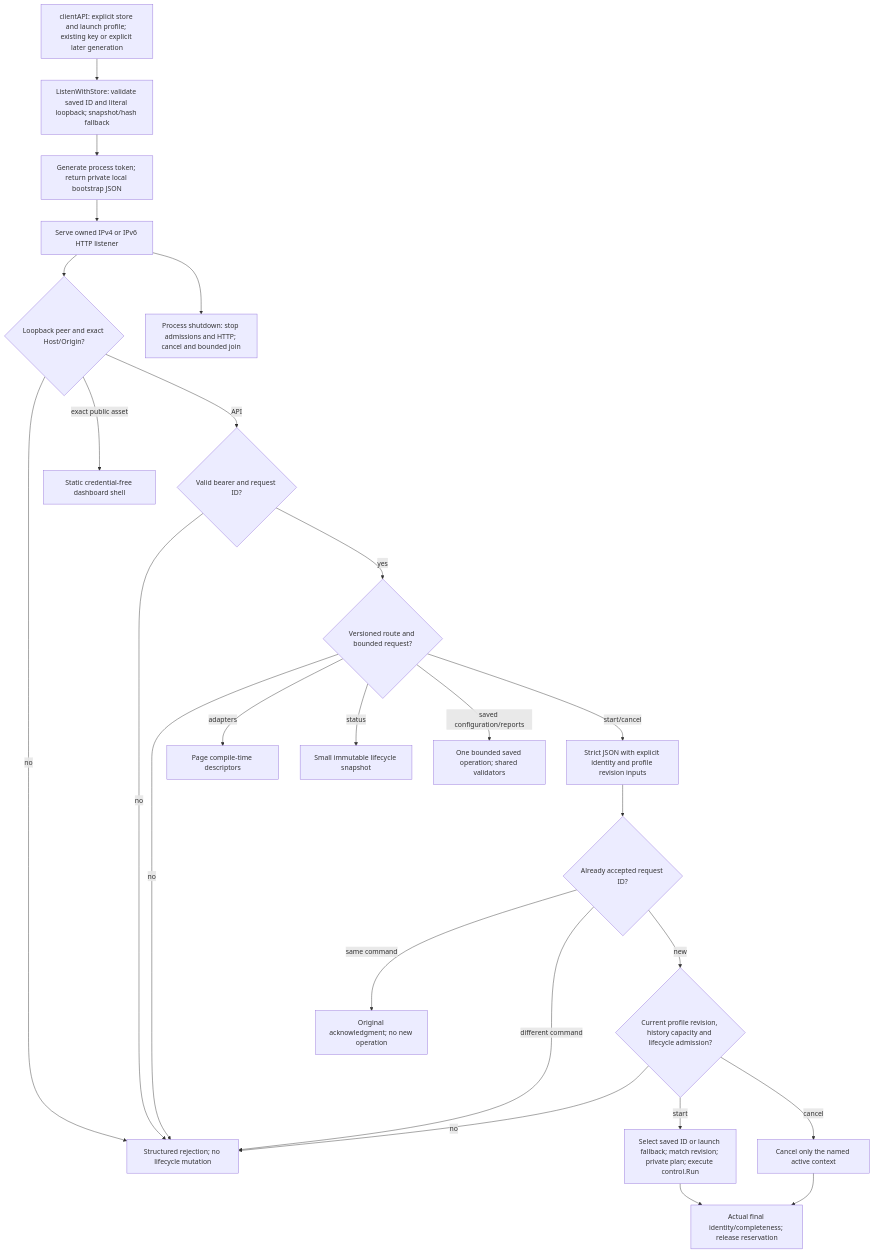
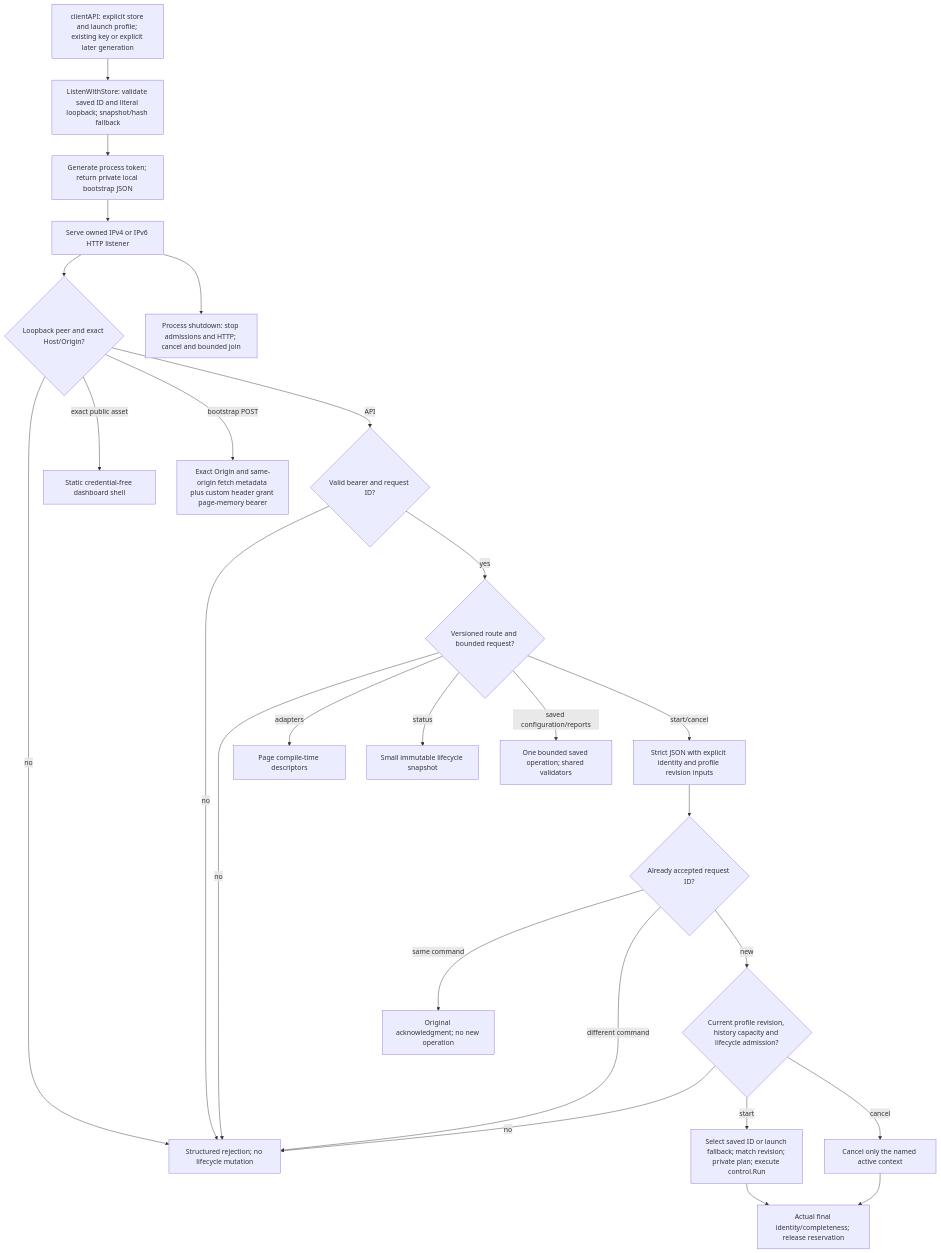
One commit to rashidbestry/sneaky-port changed the third of 24 diagrams in FLOWCHART.md. Above: the diagram before and after it, drawn with Mermaid. The commit also changed other lines of this file and 27 other files, not shown here.

````diff
--- a/FLOWCHART.md
+++ b/FLOWCHART.md
@@ -55,27 +55,28 @@
 ```mermaid
 flowchart TD
     A[clientAPI: explicit store and launch profile; existing key or explicit later generation] --> B[ListenWithStore: validate saved ID and literal loopback; snapshot/hash fallback]
     B --> C[Generate process token; return private local bootstrap JSON]
     C --> D[Serve owned IPv4 or IPv6 HTTP listener]
     D --> S{Loopback peer and exact Host/Origin?}
     S -->|no| X[Structured rejection; no lifecycle mutation]
     S -->|exact public asset| T[Static credential-free dashboard shell]
+    S -->|bootstrap POST| U[Exact Origin and same-origin fetch metadata plus custom header grant page-memory bearer]
     S -->|API| E{Valid bearer and request ID?}
     E -->|no| X
     E -->|yes| F{Versioned route and bounded request?}
     F -->|no| X
     F -->|adapters| G[Page compile-time descriptors]
     F -->|status| H[Small immutable lifecycle snapshot]
     F -->|saved configuration/reports| Q[One bounded saved operation; shared validators]
     F -->|start/cancel| I[Strict JSON with explicit identity and profile revision inputs]
     I --> J{Already accepted request ID?}
     J -->|same command| K[Original acknowledgment; no new operation]
     J -->|different command| X
     J -->|new| L{Current profile revision, history capacity and lifecycle admission?}
     L -->|no| X
     L -->|start| M[Select saved ID or launch fallback; match revision; private plan; execute control.Run]
     L -->|cancel| N[Cancel only the named active context]
     M --> O[Actual final identity/completeness; release reservation]
     N --> O
     D --> P[Process shutdown: stop admissions and HTTP; cancel and bounded join]
 ```
````
